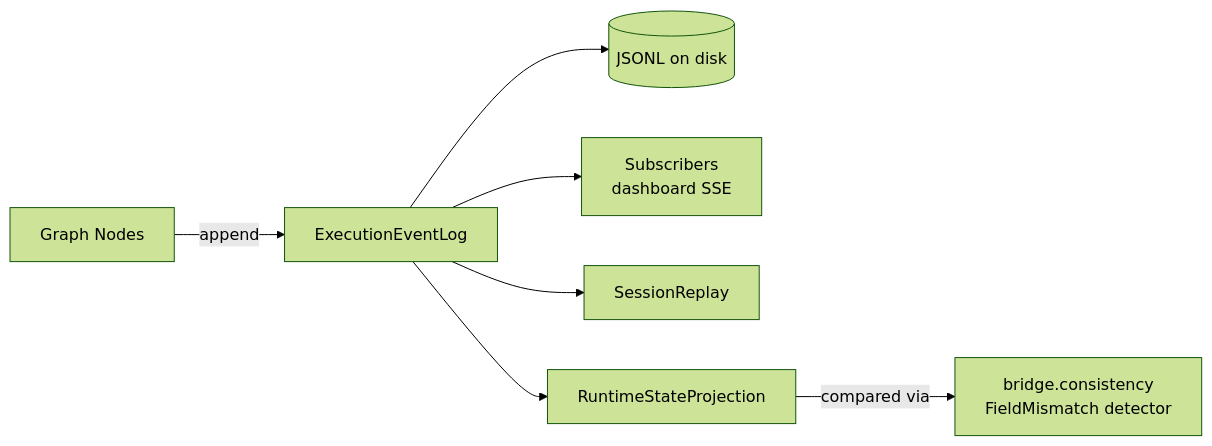
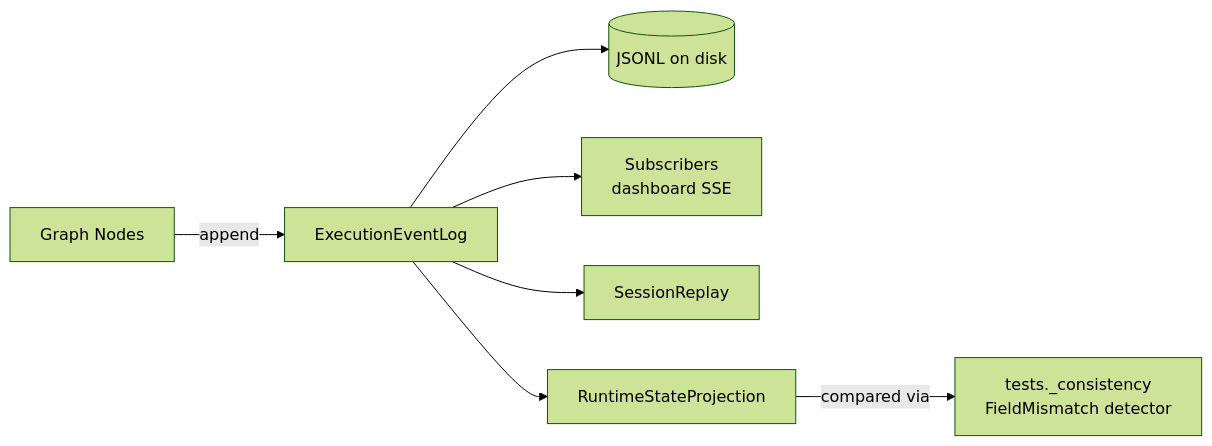
The sixth of 12 diagrams in docs/ARCHITECTURE.md (Judy-Liu118/Reforge), drawn with Mermaid (forest theme) before and after one commit. The commit also changed other lines of this file and 15 other files, not shown here.

````diff
--- a/docs/ARCHITECTURE.md
+++ b/docs/ARCHITECTURE.md
@@ -171,10 +171,10 @@
 ```mermaid
 flowchart LR
     Nodes[Graph Nodes] -->|append| Log[ExecutionEventLog]
     Log --> Disk[(JSONL on disk)]
     Log --> Subscribers[Subscribers<br/>dashboard SSE]
     Log --> Replay[SessionReplay]
     Log --> Projection[RuntimeStateProjection]
 
-    Projection -->|compared via| Consistency[bridge.consistency<br/>FieldMismatch detector]
+    Projection -->|compared via| Consistency[tests._consistency<br/>FieldMismatch detector]
 ```
````
